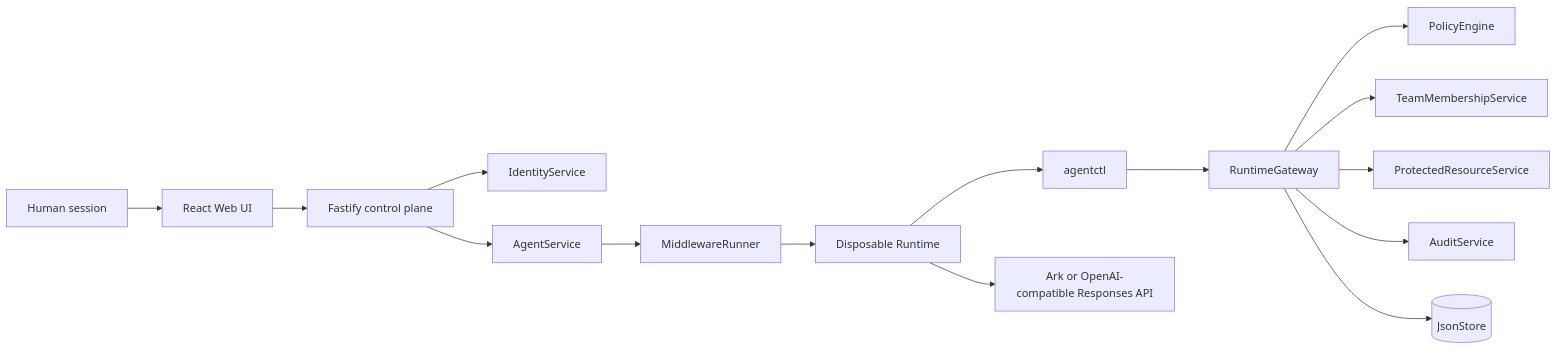
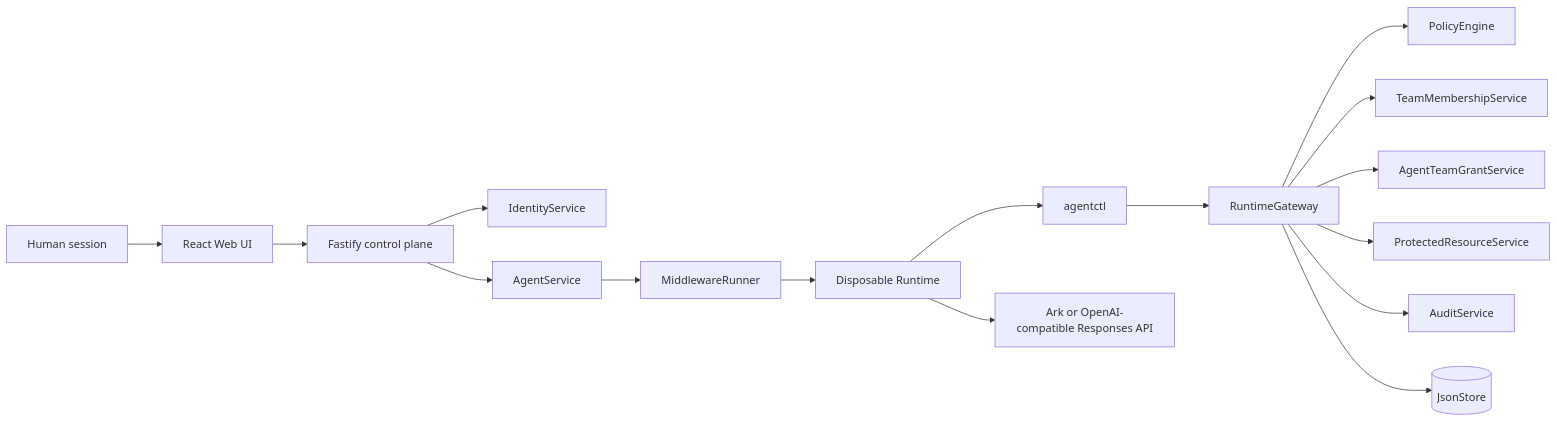
The diagram in docs/agentgate/architecture.md (CloudKai/NawGate), drawn with Mermaid before and after one commit. The commit also changed other lines of this file and 30 other files, not shown here.

````diff
--- a/docs/agentgate/architecture.md
+++ b/docs/agentgate/architecture.md
@@ -3,17 +3,18 @@
 ```mermaid
 flowchart LR
   Human[Human session] --> UI[React Web UI]
   UI --> API[Fastify control plane]
   API --> Identity[IdentityService]
   API --> Agents[AgentService]
   Agents --> Runner[MiddlewareRunner]
   Runner --> Runtime[Disposable Runtime]
   Runtime --> CLI[agentctl]
   CLI --> Gateway[RuntimeGateway]
   Gateway --> Policy[PolicyEngine]
   Gateway --> Memberships[TeamMembershipService]
+  Gateway --> Grants[AgentTeamGrantService]
   Gateway --> Resources[ProtectedResourceService]
   Gateway --> Audit[AuditService]
   Gateway --> Store[(JsonStore)]
   Runtime --> Provider[Ark or OpenAI-compatible Responses API]
 ```
````
